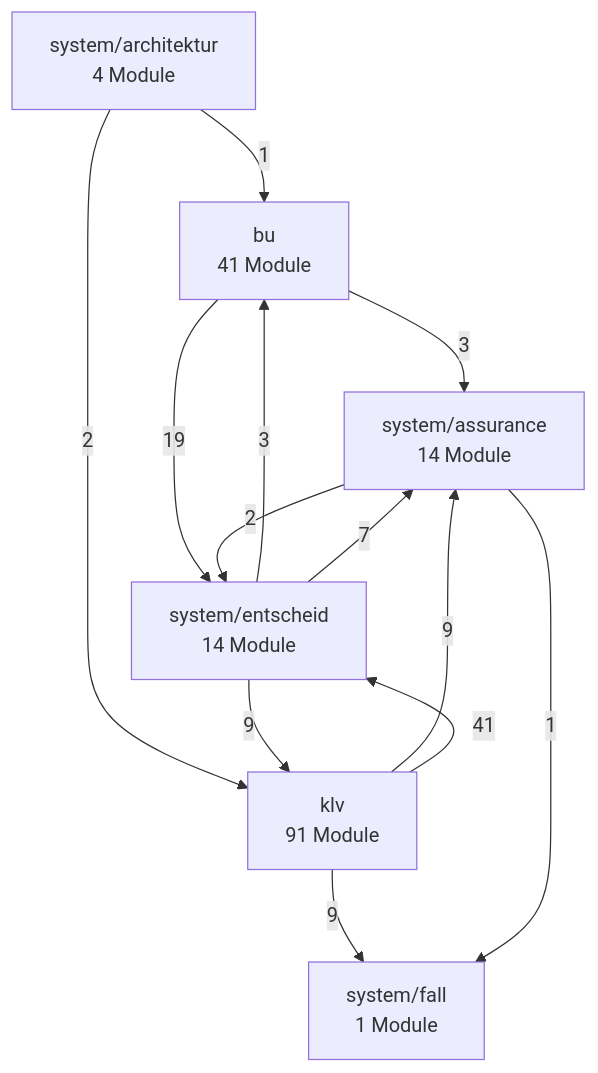
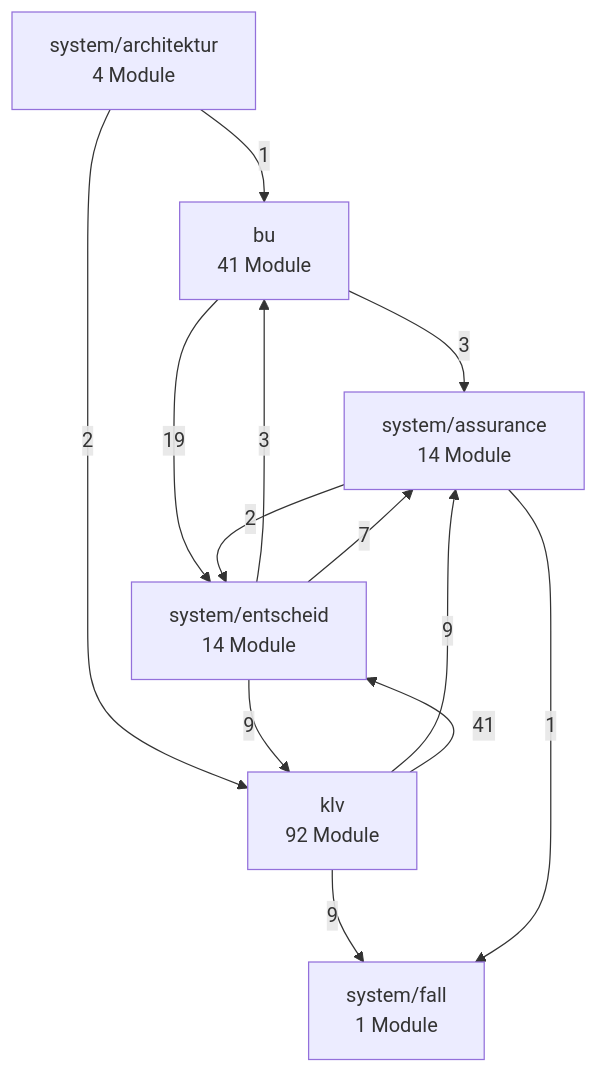
The second of 3 diagrams in docs/architektur/landkarte.md (bartlmac/rechner-pipeline), drawn with Mermaid before and after one commit. The commit also changed other lines of this file and 60 other files, not shown here.

````diff
--- a/docs/architektur/landkarte.md
+++ b/docs/architektur/landkarte.md
@@ -78,22 +78,22 @@
 ```mermaid
 %% Fachknoten — erzeugt von ontologie.landkarte
 flowchart TD
     bu["bu<br/>41 Module"]
-    klv["klv<br/>91 Module"]
+    klv["klv<br/>92 Module"]
     system_architektur["system/architektur<br/>4 Module"]
     system_assurance["system/assurance<br/>14 Module"]
     system_entscheid["system/entscheid<br/>14 Module"]
     system_fall["system/fall<br/>1 Module"]
     bu -- 3 --> system_assurance
     bu -- 19 --> system_entscheid
     klv -- 9 --> system_assurance
     klv -- 41 --> system_entscheid
     klv -- 9 --> system_fall
     system_architektur -- 1 --> bu
     system_architektur -- 2 --> klv
     system_assurance -- 2 --> system_entscheid
     system_assurance -- 1 --> system_fall
     system_entscheid -- 3 --> bu
     system_entscheid -- 9 --> klv
     system_entscheid -- 7 --> system_assurance
 ```
````
